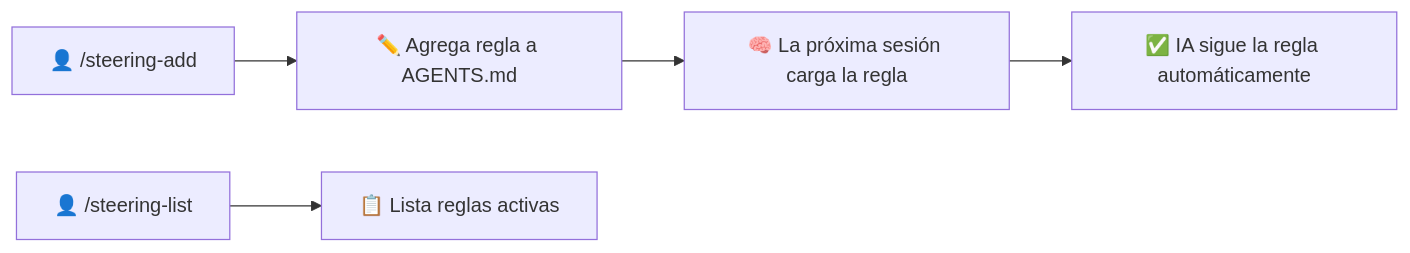
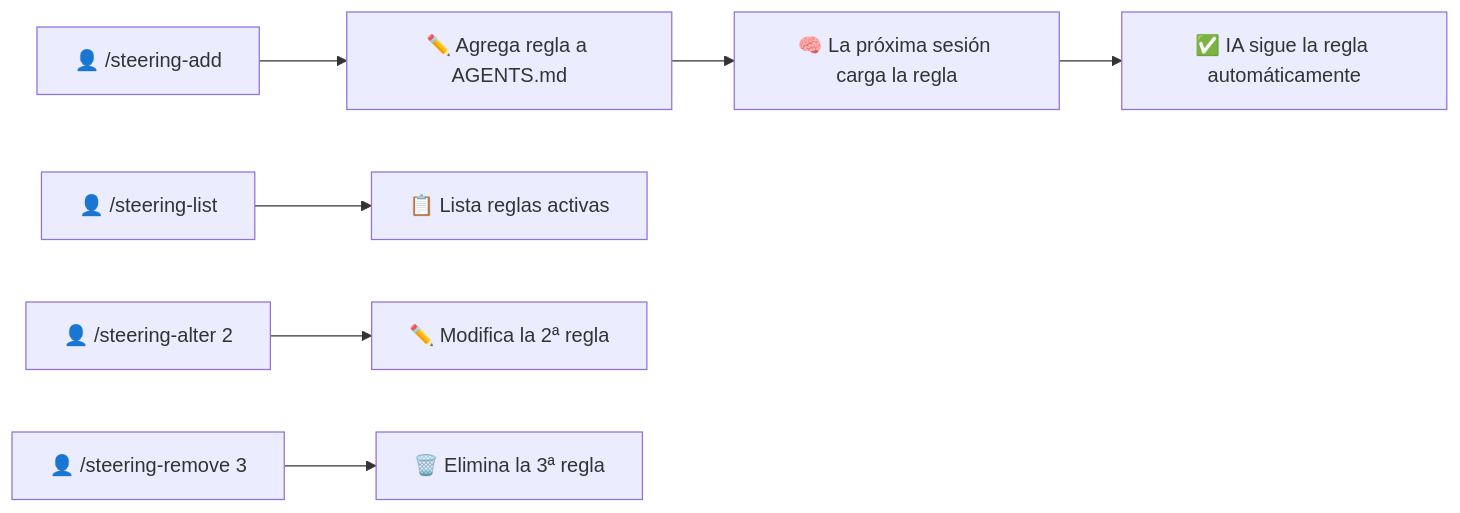
The second of 3 diagrams in docs/i18n/README.es.md (andrelncampos/dscode-public), drawn with Mermaid before and after one commit. The commit also changed other lines of this file and 26 other files, not shown here.

````diff
--- a/docs/i18n/README.es.md
+++ b/docs/i18n/README.es.md
@@ -365,7 +367,9 @@
 ```mermaid
 flowchart LR
     U[👤 /steering-add] --> A[✏️ Agrega regla a AGENTS.md]
     A --> S[🧠 La próxima sesión carga la regla]
     S --> B[✅ IA sigue la regla automáticamente]
     U2[👤 /steering-list] --> V[📋 Lista reglas activas]
+    U3[👤 /steering-alter 2] --> W[✏️ Modifica la 2ª regla]
+    U4[👤 /steering-remove 3] --> X[🗑️ Elimina la 3ª regla]
 ```
````
